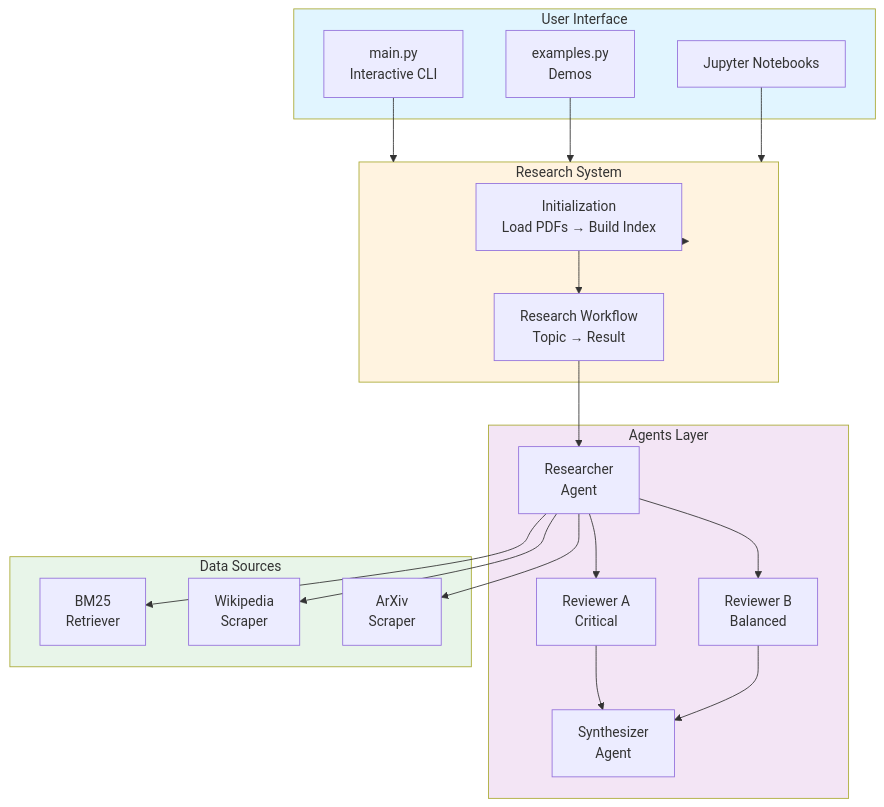
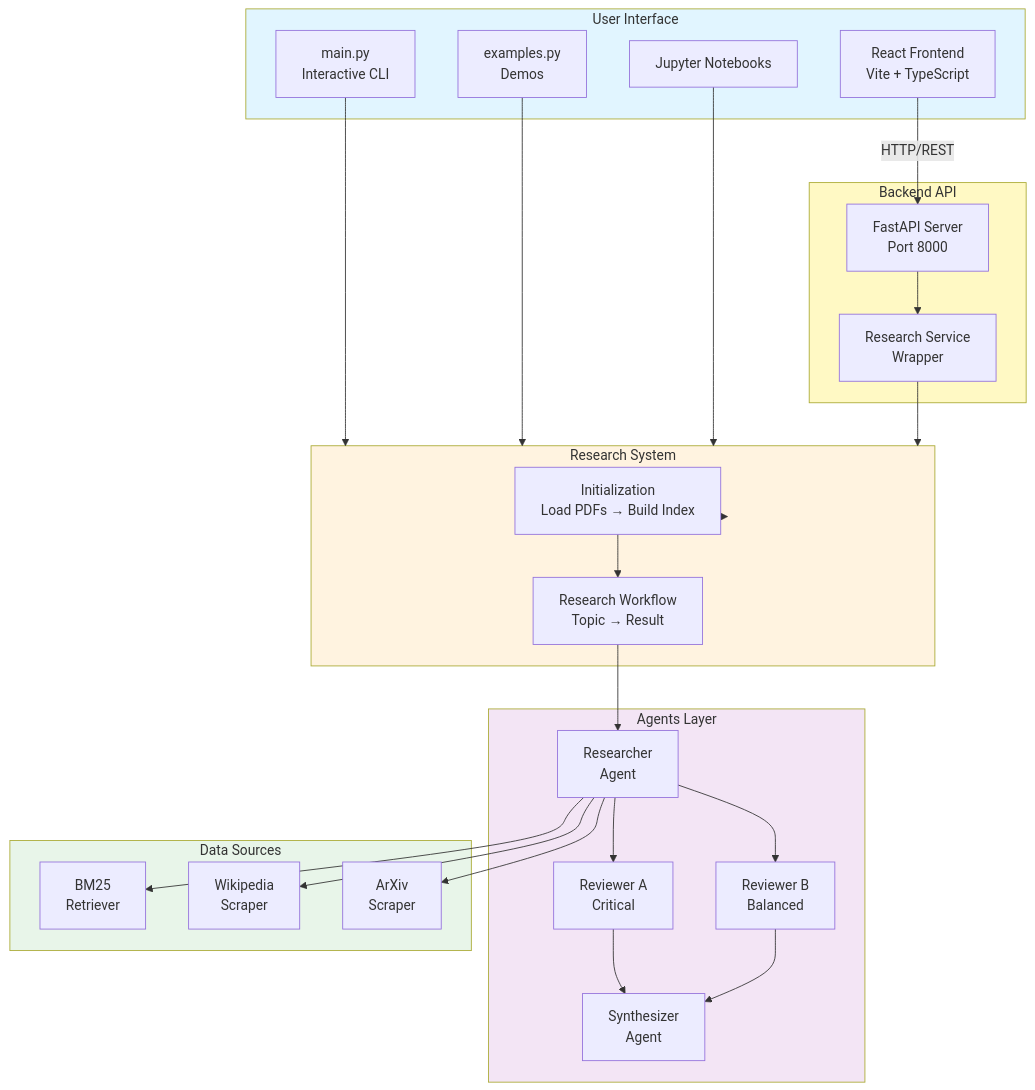
Before and after one commit to Abderrahmane-dotcom/mit_hackathon: the first of 10 diagrams in ARCHITECTURE_DIAGRAMS.md, drawn with Mermaid. The commit also changed other lines of this file and 2 other files, not shown here.

Commit message:
Some update in readme and diagrams

````diff
--- a/ARCHITECTURE_DIAGRAMS.md
+++ b/ARCHITECTURE_DIAGRAMS.md
@@ -5,48 +19,59 @@
 ```mermaid
 graph TB
     subgraph UI["User Interface"]
+        WEB[React Frontend<br/>Vite + TypeScript]
         CLI[main.py<br/>Interactive CLI]
         EX[examples.py<br/>Demos]
         NB[Jupyter Notebooks]
+    end
+
+    subgraph API["Backend API"]
+        FAST[FastAPI Server<br/>Port 8000]
+        SERV[Research Service<br/>Wrapper]
     end
 
     subgraph RS["Research System"]
         INIT[Initialization<br/>Load PDFs → Build Index]
         WORK[Research Workflow<br/>Topic → Result]
     end
 
     subgraph AGENTS["Agents Layer"]
         R[Researcher<br/>Agent]
         RA[Reviewer A<br/>Critical]
         RB[Reviewer B<br/>Balanced]
         S[Synthesizer<br/>Agent]
     end
 
     subgraph DATA["Data Sources"]
         BM25[BM25<br/>Retriever]
         WIKI[Wikipedia<br/>Scraper]
         ARXIV[ArXiv<br/>Scraper]
     end
 
+    WEB -->|HTTP/REST| FAST
     CLI --> RS
     EX --> RS
     NB --> RS
+    
+    FAST --> SERV
+    SERV --> RS
     
     RS --> INIT
     INIT --> WORK
     
     WORK --> R
     R --> RA
     R --> RB
     RA --> S
     RB --> S
     
     R --> BM25
     R --> WIKI
     R --> ARXIV
 
     style UI fill:#e1f5ff
+    style API fill:#fff9c4
     style RS fill:#fff3e0
     style AGENTS fill:#f3e5f5
     style DATA fill:#e8f5e9
 ```
````
